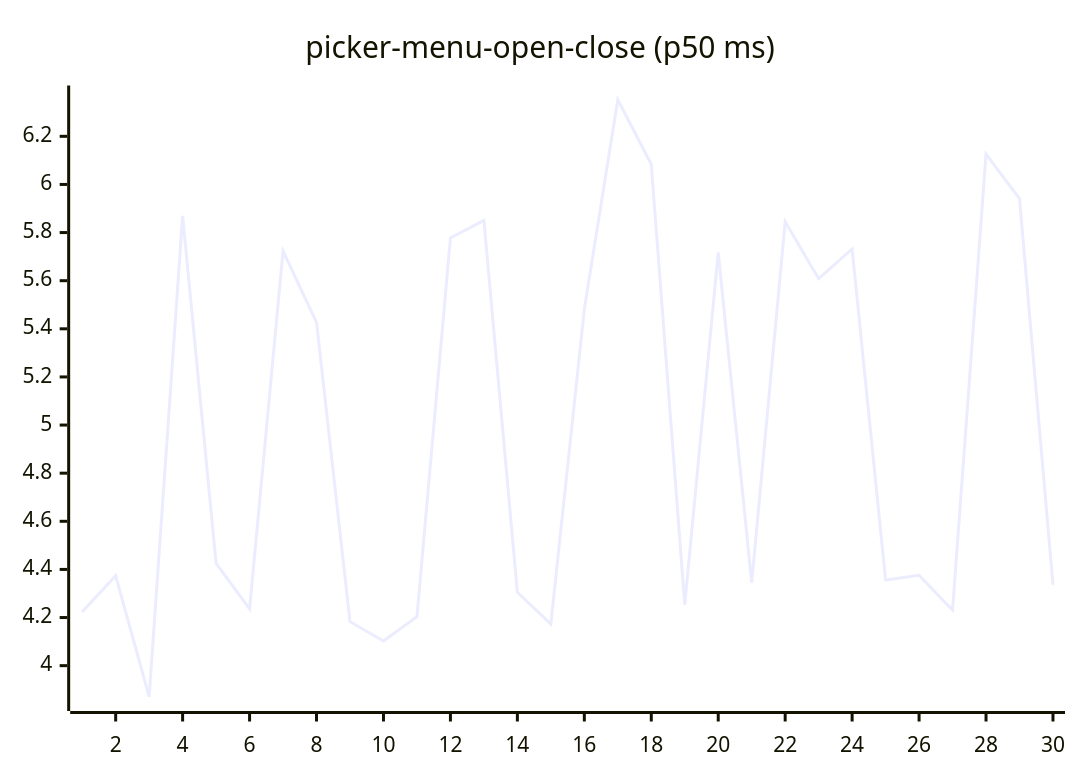
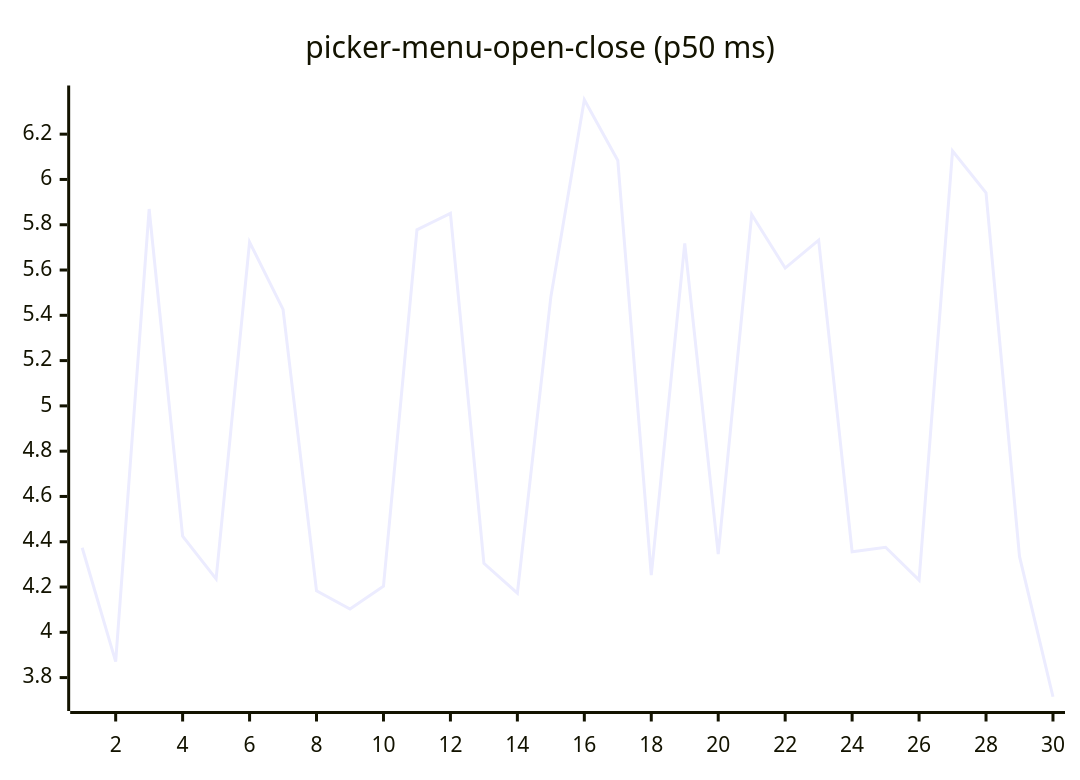
Before and after one commit to josha/Facet: diagram 16 of 27 in README.md, drawn with Mermaid. The commit also changed other lines of this file and 2 other files, not shown here.

````diff
--- a/README.md
+++ b/README.md
@@ -168,6 +168,6 @@
 ```mermaid
 xychart-beta
     title "picker-menu-open-close (p50 ms)"
     x-axis 1 --> 30
-    line [4.2236, 4.3733, 3.8708, 5.8694, 4.4248, 4.2362, 5.7230, 5.4264, 4.1828, 4.1028, 4.2034, 5.7775, 5.8503, 4.3049, 4.1731, 5.4814, 6.3520, 6.0839, 4.2522, 5.7175, 4.3452, 5.8449, 5.6085, 5.7317, 4.3559, 4.3756, 4.2307, 6.1258, 5.9413, 4.3353]
+    line [4.3733, 3.8708, 5.8694, 4.4248, 4.2362, 5.7230, 5.4264, 4.1828, 4.1028, 4.2034, 5.7775, 5.8503, 4.3049, 4.1731, 5.4814, 6.3520, 6.0839, 4.2522, 5.7175, 4.3452, 5.8449, 5.6085, 5.7317, 4.3559, 4.3756, 4.2307, 6.1258, 5.9413, 4.3353, 3.7154]
 ```
````
